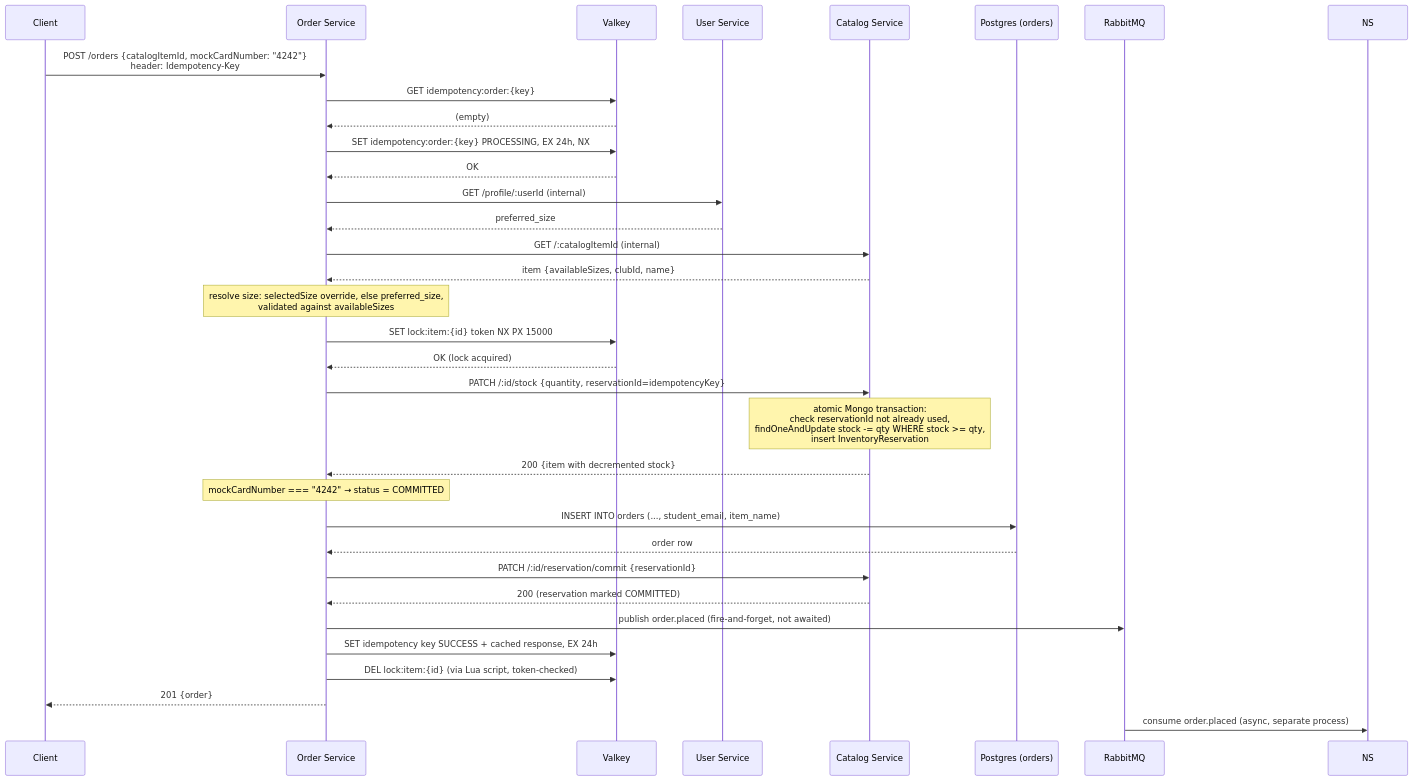
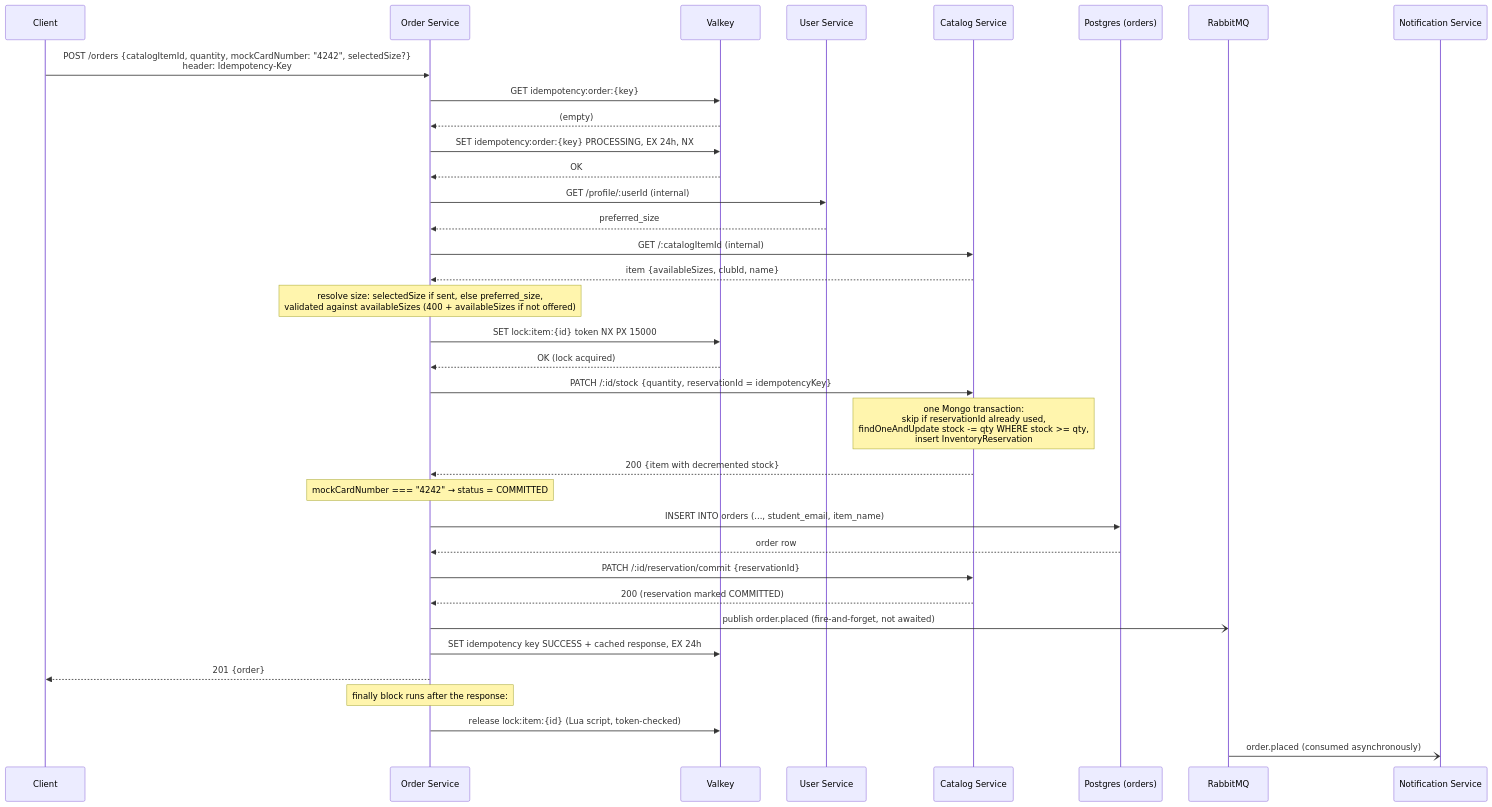
The first of 2 diagrams in docs/system-design/HLD/03-request-lifecycle-checkout.md (RajaiTarun/MerchFlow), drawn with Mermaid before and after one commit. The commit also changed other lines of this file and 8 other files, not shown here.

````diff
--- a/docs/system-design/HLD/03-request-lifecycle-checkout.md
+++ b/docs/system-design/HLD/03-request-lifecycle-checkout.md
@@ -7,36 +9,38 @@
 ```mermaid
 sequenceDiagram
     participant C as Client
     participant O as Order Service
     participant V as Valkey
     participant U as User Service
     participant Cat as Catalog Service
     participant PG as Postgres (orders)
     participant MQ as RabbitMQ
+    participant NS as Notification Service
 
-    C->>O: POST /orders {catalogItemId, mockCardNumber: "4242"}<br/>header: Idempotency-Key
+    C->>O: POST /orders {catalogItemId, quantity, mockCardNumber: "4242", selectedSize?}<br/>header: Idempotency-Key
     O->>V: GET idempotency:order:{key}
     V-->>O: (empty)
     O->>V: SET idempotency:order:{key} PROCESSING, EX 24h, NX
     V-->>O: OK
     O->>U: GET /profile/:userId (internal)
     U-->>O: preferred_size
     O->>Cat: GET /:catalogItemId (internal)
     Cat-->>O: item {availableSizes, clubId, name}
-    Note over O: resolve size: selectedSize override, else preferred_size,<br/>validated against availableSizes
+    Note over O: resolve size: selectedSize if sent, else preferred_size,<br/>validated against availableSizes (400 + availableSizes if not offered)
     O->>V: SET lock:item:{id} token NX PX 15000
     V-->>O: OK (lock acquired)
-    O->>Cat: PATCH /:id/stock {quantity, reservationId=idempotencyKey}
-    Note over Cat: atomic Mongo transaction:<br/>check reservationId not already used,<br/>findOneAndUpdate stock -= qty WHERE stock >= qty,<br/>insert InventoryReservation
+    O->>Cat: PATCH /:id/stock {quantity, reservationId = idempotencyKey}
+    Note over Cat: one Mongo transaction:<br/>skip if reservationId already used,<br/>findOneAndUpdate stock -= qty WHERE stock >= qty,<br/>insert InventoryReservation
     Cat-->>O: 200 {item with decremented stock}
     Note over O: mockCardNumber === "4242" → status = COMMITTED
     O->>PG: INSERT INTO orders (..., student_email, item_name)
     PG-->>O: order row
     O->>Cat: PATCH /:id/reservation/commit {reservationId}
     Cat-->>O: 200 (reservation marked COMMITTED)
-    O->>MQ: publish order.placed (fire-and-forget, not awaited)
+    O-)MQ: publish order.placed (fire-and-forget, not awaited)
     O->>V: SET idempotency key SUCCESS + cached response, EX 24h
-    O->>V: DEL lock:item:{id} (via Lua script, token-checked)
     O-->>C: 201 {order}
-    MQ->>NS: consume order.placed (async, separate process)
+    Note over O: finally block runs after the response:
+    O->>V: release lock:item:{id} (Lua script, token-checked)
+    MQ-)NS: order.placed (consumed asynchronously)
 ```
````
